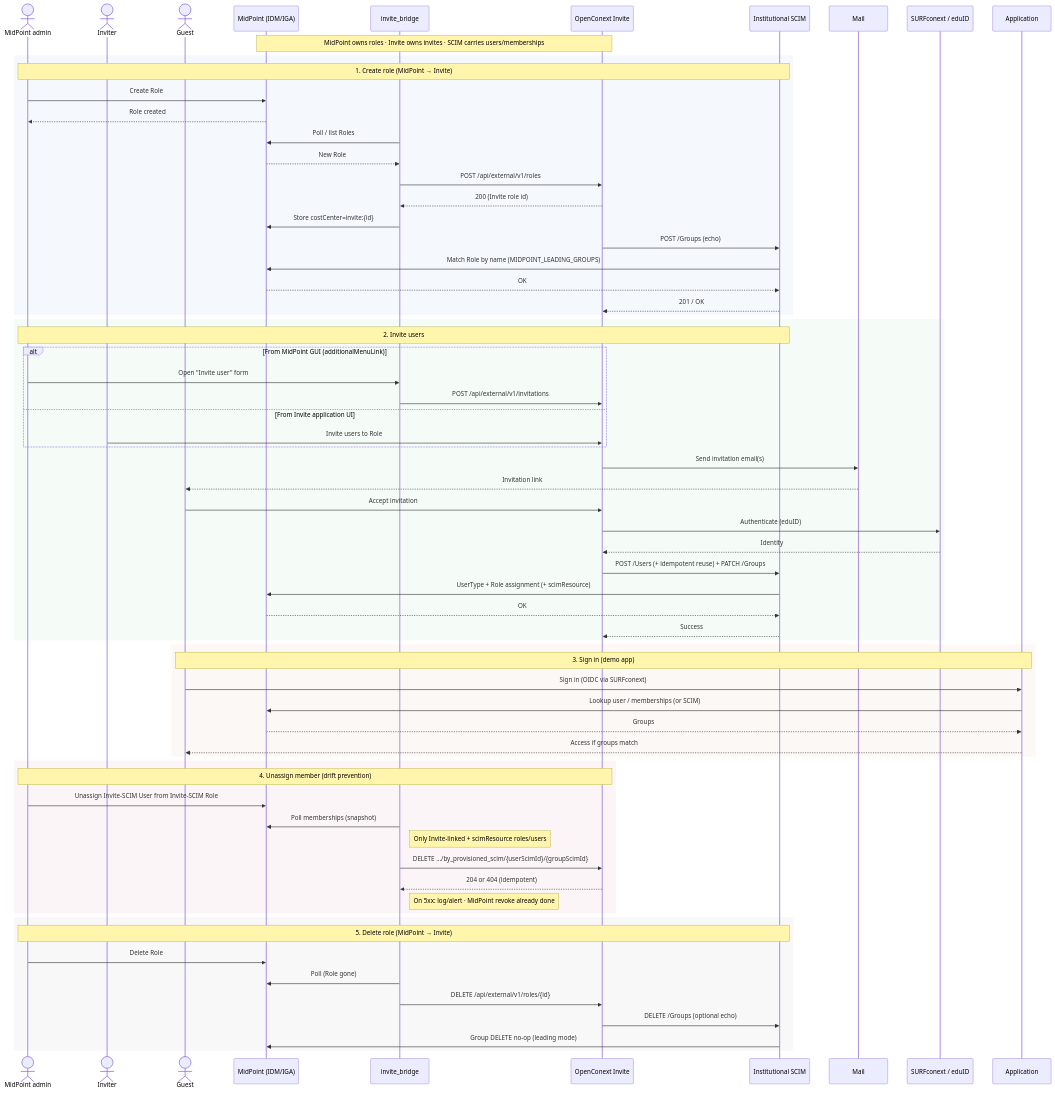
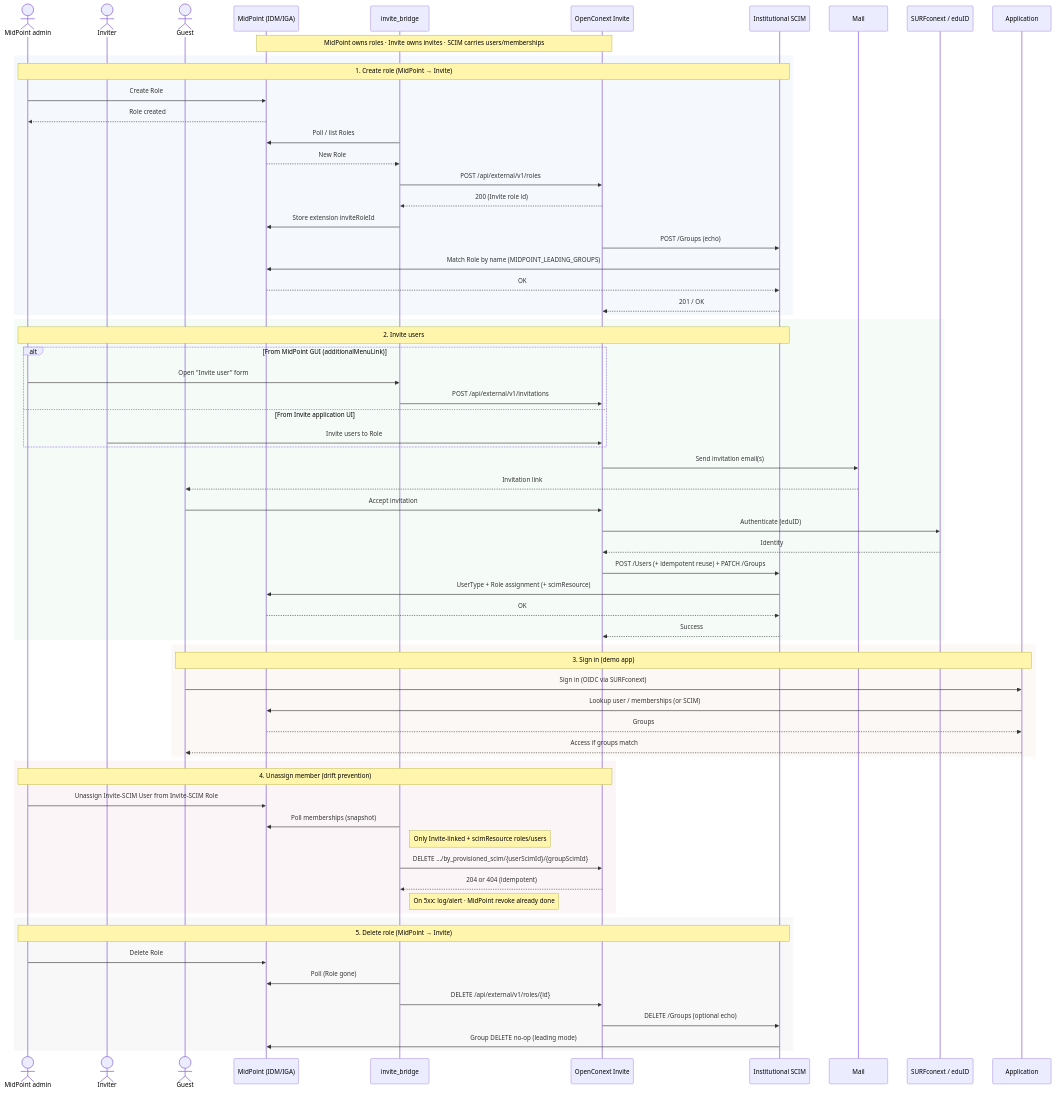
Before and after one commit to HarryKodden/midpoint-invite-integration: the diagram in README.md, drawn with Mermaid. The commit also changed other lines of this file and 11 other files, not shown here.

Commit message:
bridge: health checks, lock scope, inviteRoleId extension, doc fixes

````diff
--- a/README.md
+++ b/README.md
@@ -278,76 +278,76 @@
 ```mermaid
 sequenceDiagram
     actor Admin as MidPoint admin
     actor Inviter as Inviter
     actor Guest as Guest
     participant IDM as MidPoint (IDM/IGA)
     participant Bridge as invite_bridge
     participant Invite as OpenConext Invite
     participant SCIM as Institutional SCIM
     participant Mail as Mail
     participant Auth as SURFconext / eduID
     participant APP as Application
 
     Note over IDM,Invite: MidPoint owns roles · Invite owns invites · SCIM carries users/memberships
 
     rect rgb(245, 248, 252)
     Note over Admin,SCIM: 1. Create role (MidPoint → Invite)
     Admin->>IDM: Create Role
     IDM-->>Admin: Role created
     Bridge->>IDM: Poll / list Roles
     IDM-->>Bridge: New Role
     Bridge->>Invite: POST /api/external/v1/roles
     Invite-->>Bridge: 200 (Invite role id)
-    Bridge->>IDM: Store costCenter=invite:{id}
+    Bridge->>IDM: Store extension inviteRoleId
     Invite->>SCIM: POST /Groups (echo)
     SCIM->>IDM: Match Role by name (MIDPOINT_LEADING_GROUPS)
     IDM-->>SCIM: OK
     SCIM-->>Invite: 201 / OK
     end
 
     rect rgb(245, 252, 248)
     Note over Admin,SCIM: 2. Invite users
     alt From MidPoint GUI (additionalMenuLink)
         Admin->>Bridge: Open "Invite user" form
         Bridge->>Invite: POST /api/external/v1/invitations
     else From Invite application UI
         Inviter->>Invite: Invite users to Role
     end
     Invite->>Mail: Send invitation email(s)
     Mail-->>Guest: Invitation link
     Guest->>Invite: Accept invitation
     Invite->>Auth: Authenticate (eduID)
     Auth-->>Invite: Identity
     Invite->>SCIM: POST /Users (+ idempotent reuse) + PATCH /Groups
     SCIM->>IDM: UserType + Role assignment (+ scimResource)
     IDM-->>SCIM: OK
     SCIM-->>Invite: Success
     end
 
     rect rgb(252, 248, 245)
     Note over Guest,APP: 3. Sign in (demo app)
     Guest->>APP: Sign in (OIDC via SURFconext)
     APP->>IDM: Lookup user / memberships (or SCIM)
     IDM-->>APP: Groups
     APP-->>Guest: Access if groups match
     end
 
     rect rgb(252, 245, 248)
     Note over Admin,Invite: 4. Unassign member (drift prevention)
     Admin->>IDM: Unassign Invite-SCIM User from Invite-SCIM Role
     Bridge->>IDM: Poll memberships (snapshot)
     Note right of Bridge: Only Invite-linked + scimResource roles/users
     Bridge->>Invite: DELETE …/by_provisioned_scim/{userScimId}/{groupScimId}
     Invite-->>Bridge: 204 or 404 (idempotent)
     Note right of Bridge: On 5xx: log/alert · MidPoint revoke already done
     end
 
     rect rgb(248, 248, 248)
     Note over Admin,SCIM: 5. Delete role (MidPoint → Invite)
     Admin->>IDM: Delete Role
     Bridge->>IDM: Poll (Role gone)
     Bridge->>Invite: DELETE /api/external/v1/roles/{id}
     Invite->>SCIM: DELETE /Groups (optional echo)
     SCIM->>IDM: Group DELETE no-op (leading mode)
     end
 ```
````
